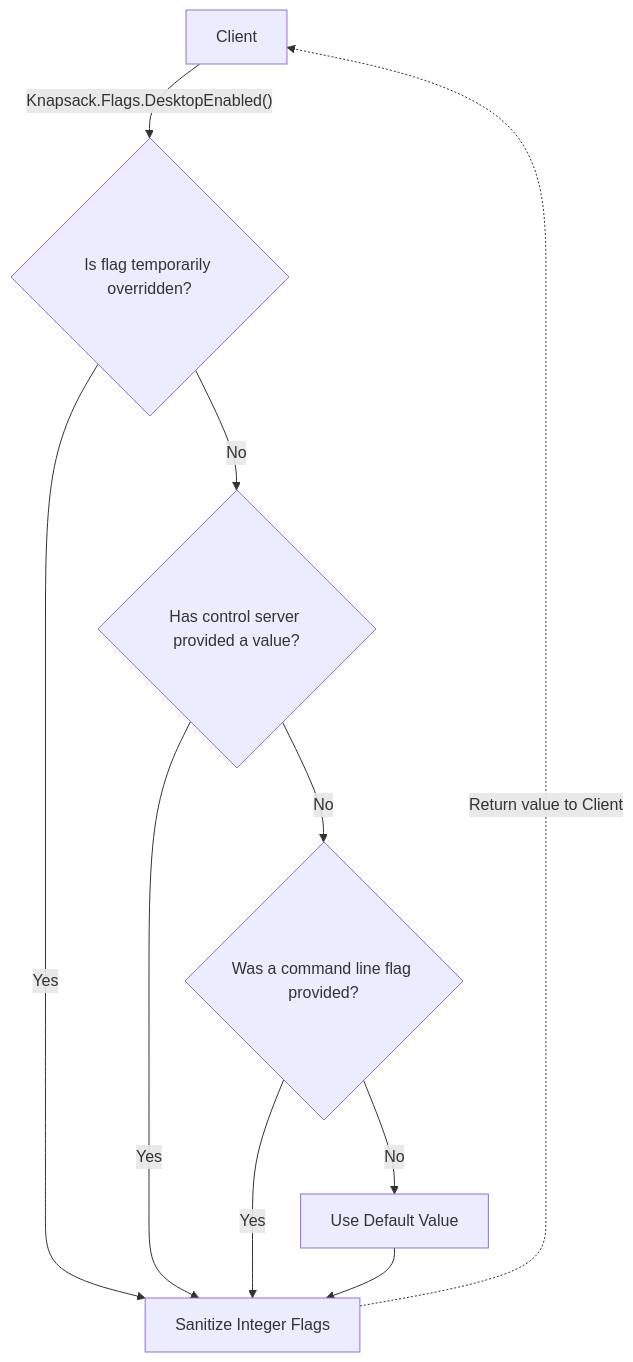
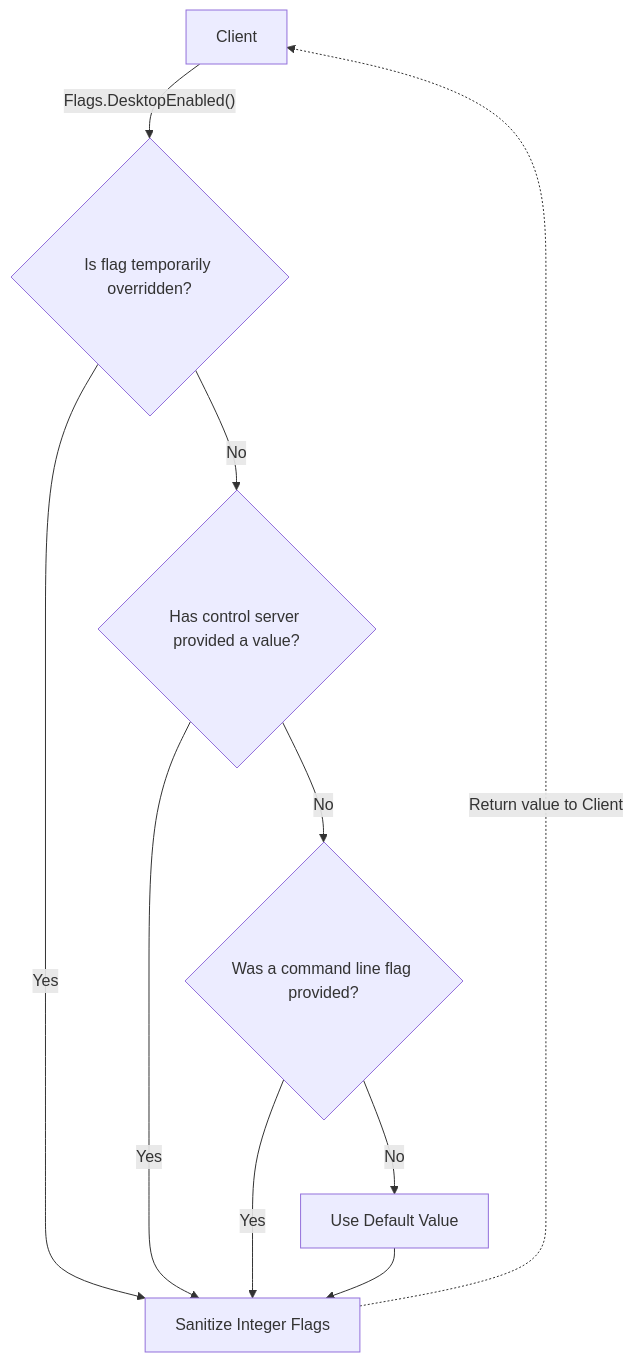
One commit to kolide/launcher changed the first of 3 diagrams in docs/architecture/flags.md. Above: the diagram before and after it, drawn with Mermaid. The commit also changed other lines of this file and 4 other files, not shown here.

````diff
--- a/docs/architecture/flags.md
+++ b/docs/architecture/flags.md
@@ -16,24 +16,24 @@
 ```mermaid
 flowchart TB
     Client[Client]
     Default[Use Default Value]
     Sanitize[Sanitize Integer Flags]
     Override{Is flag temporarily overridden?}
     Store{Has control server provided a value?}
     CmdLine{Was a command line flag provided?}
 
-    Client -->|"Knapsack.Flags.DesktopEnabled()"| Override
+    Client -->|"Flags.DesktopEnabled()"| Override
     Override -->|Yes| Sanitize
     Override -->|No| Store
 
     Store -->|Yes| Sanitize
     Store -->|No| CmdLine
 
     CmdLine -->|Yes| Sanitize
     CmdLine -->|No| Default
 
     Default --> Sanitize
 
     Sanitize -.->|Return value to Client| Client
 
 ```
````
